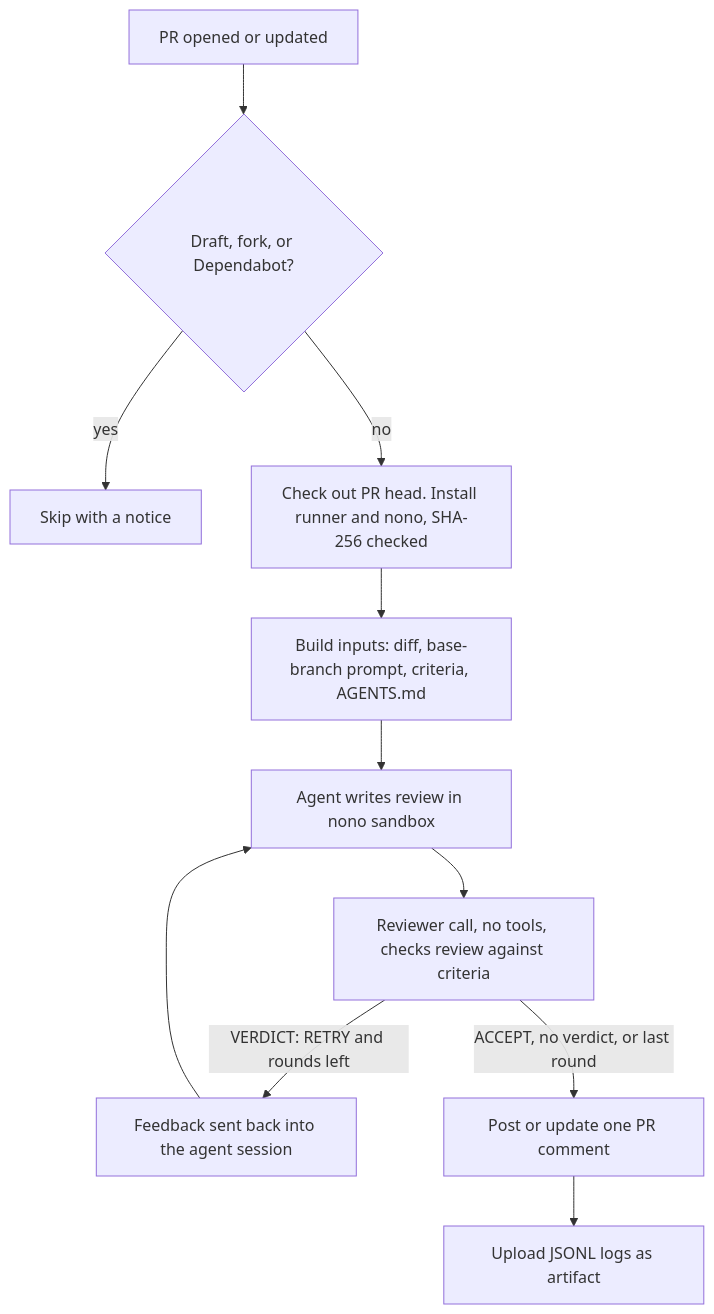
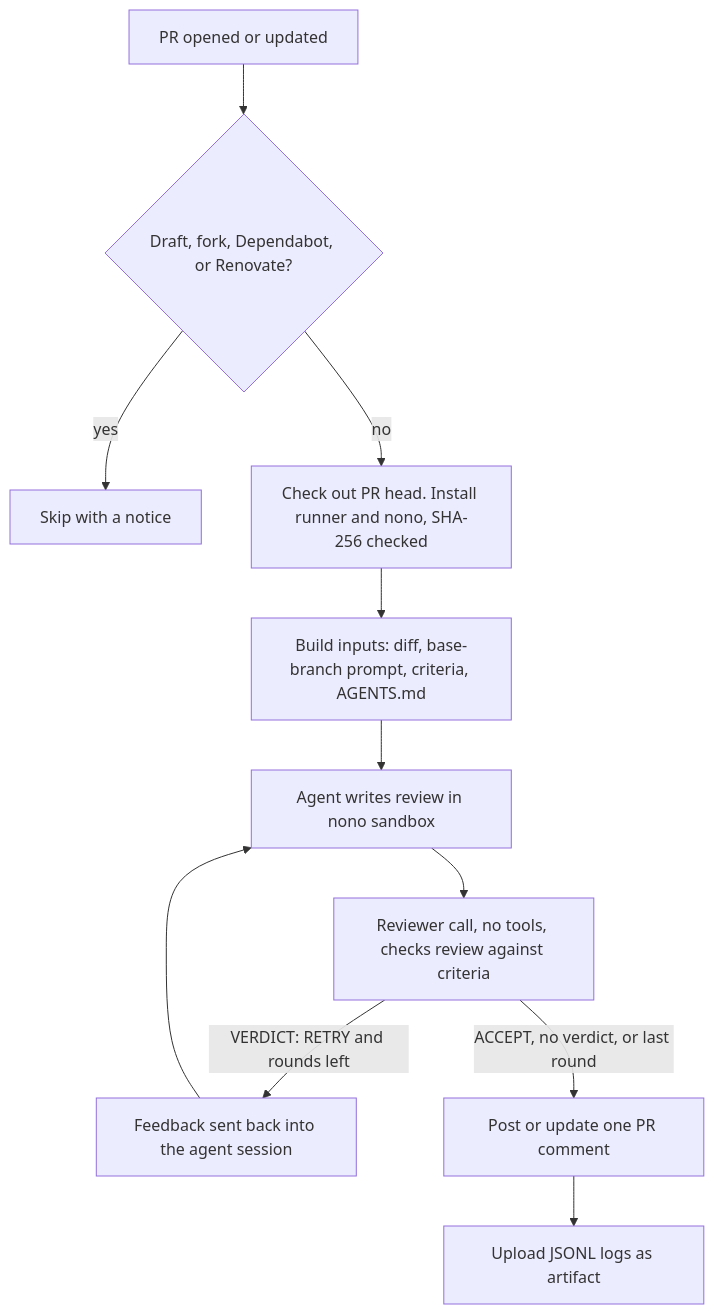
The diagram in README.md (ianchov/unreal-agent-pr-review-action), drawn with Mermaid before and after one commit. The commit also changed other lines of this file and 4 other files, not shown here.

````diff
--- a/README.md
+++ b/README.md
@@ -135,13 +160,13 @@
 ```mermaid
 flowchart TD
-    A[PR opened or updated] --> G{Draft, fork, or Dependabot?}
+    A[PR opened or updated] --> G{Draft, fork, Dependabot, or Renovate?}
     G -->|yes| S[Skip with a notice]
     G -->|no| B[Check out PR head. Install runner and nono, SHA-256 checked]
     B --> C[Build inputs: diff, base-branch prompt, criteria, AGENTS.md]
     C --> D[Agent writes review in nono sandbox]
     D --> E[Reviewer call, no tools, checks review against criteria]
     E -->|VERDICT: RETRY and rounds left| F[Feedback sent back into the agent session]
     F --> D
     E -->|ACCEPT, no verdict, or last round| P[Post or update one PR comment]
     P --> L[Upload JSONL logs as artifact]
 ```
````
